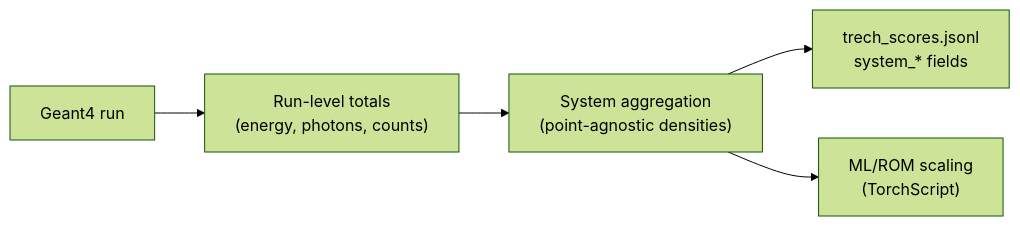
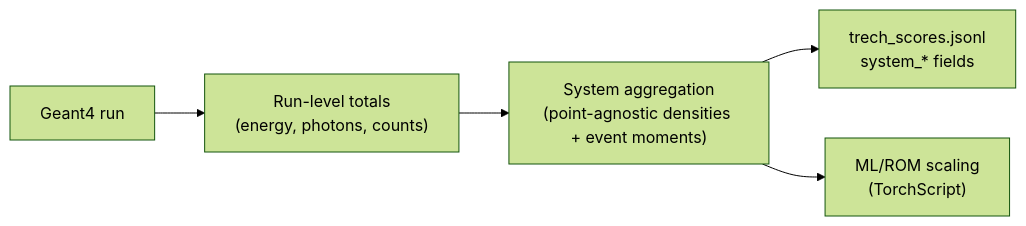
One commit to Geckos-Ink/trech changed the fifth of 8 diagrams in CHARTS.md. Above: the diagram before and after it, drawn with Mermaid (forest theme). The commit also changed 11 other files, not shown here.

````diff
--- a/CHARTS.md
+++ b/CHARTS.md
@@ -107,7 +107,7 @@
 ```mermaid
 flowchart LR
   RUN["Geant4 run"] --> SCORE["Run-level totals\n(energy, photons, counts)"]
-  SCORE --> SYS["System aggregation\n(point-agnostic densities)"]
+  SCORE --> SYS["System aggregation\n(point-agnostic densities + event moments)"]
   SYS --> OUTS["trech_scores.jsonl\nsystem_* fields"]
   SYS --> ML["ML/ROM scaling\n(TorchScript)"]
 ```
````
